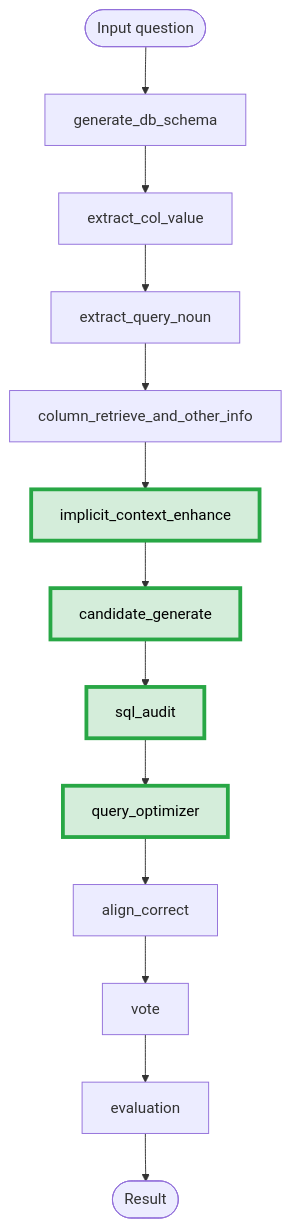
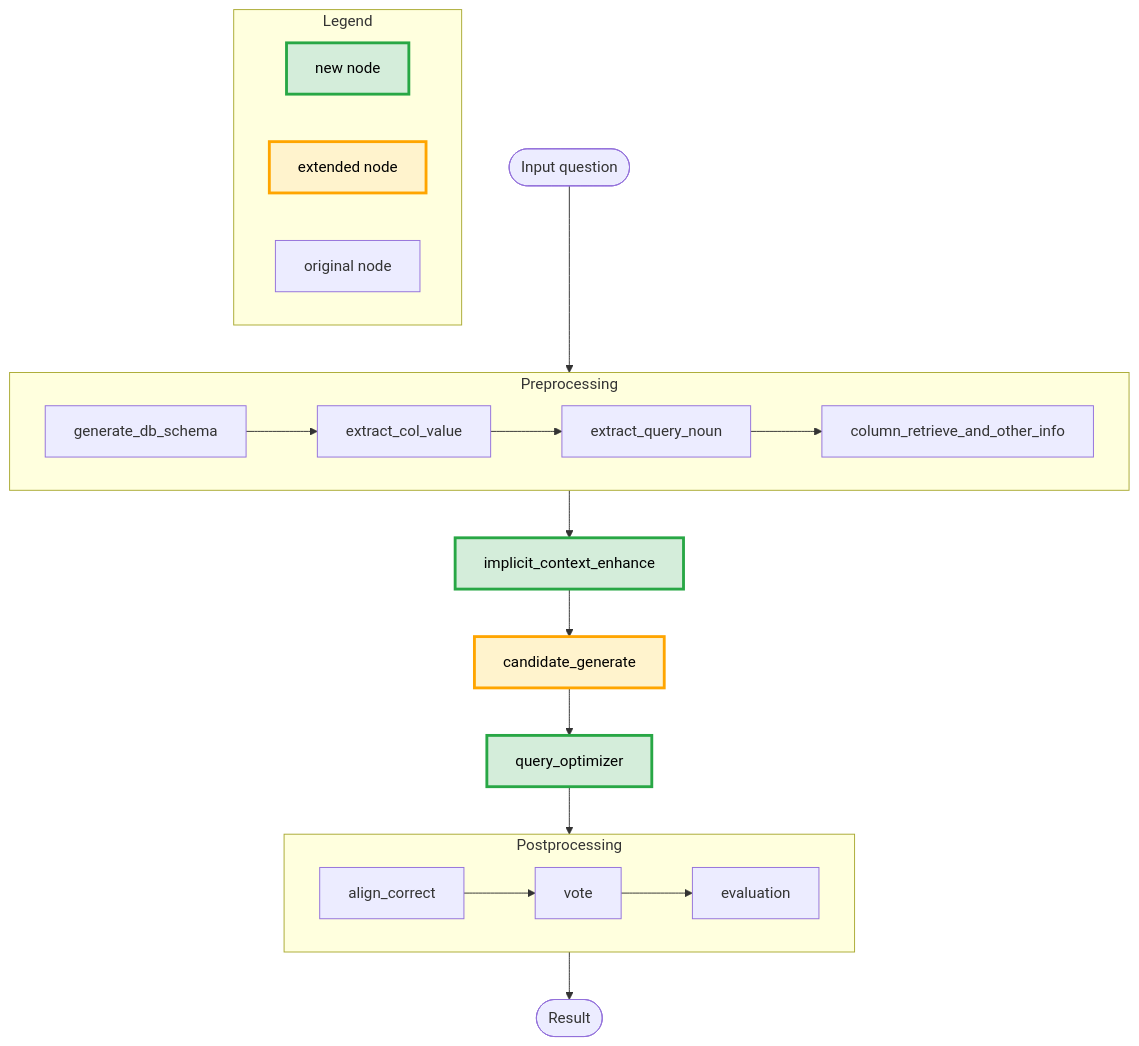
The first of 2 diagrams in readme.md (yizhang-unifr/OpenSearch-SQL), drawn with Mermaid before and after one commit. The commit also changed other lines of this file and 1 other file, not shown here.

Commit message:
check point 20260518-1746

````diff
--- a/readme.md
+++ b/readme.md
@@ -13,17 +14,31 @@
 ```mermaid
 flowchart TD
-    A([Input question]) --> B[generate_db_schema]
-    B --> C[extract_col_value]
-    C --> D[extract_query_noun]
-    D --> E[column_retrieve_and_other_info]
-    E --> F[implicit_context_enhance]:::enhanced
-    F --> G[candidate_generate]:::enhanced
-    G --> SA[sql_audit]:::enhanced
-    SA --> OPT[query_optimizer]:::enhanced
-    OPT --> H[align_correct]
-    H --> I[vote]
-    I --> J[evaluation]
-    J --> K([Result])
+    A([Input question])
 
-    classDef enhanced fill:#d4edda,stroke:#28a745,stroke-width:4px,color:#000
+    subgraph PRE [Preprocessing]
+        direction LR
+        p1[generate_db_schema] --> p2[extract_col_value] --> p3[extract_query_noun] --> p4[column_retrieve_and_other_info]
+    end
+
+    subgraph POST [Postprocessing]
+        direction LR
+        q1[align_correct] --> q2[vote] --> q3[evaluation]
+    end
+
+    subgraph LEGEND [Legend]
+        direction LR
+        L1[new node]:::new
+        L2[extended node]:::mod
+        L3[original node]
+    end
+
+    A --> p1
+    p4 --> F[implicit_context_enhance]:::new
+    F --> G[candidate_generate]:::mod
+    G --> H[query_optimizer]:::new
+    H --> q1
+    q3 --> Z([Result])
+
+    classDef new fill:#d4edda,stroke:#28a745,stroke-width:3px,color:#000
+    classDef mod fill:#fff3cd,stroke:#ffa500,stroke-width:3px,color:#000
 ```
````
